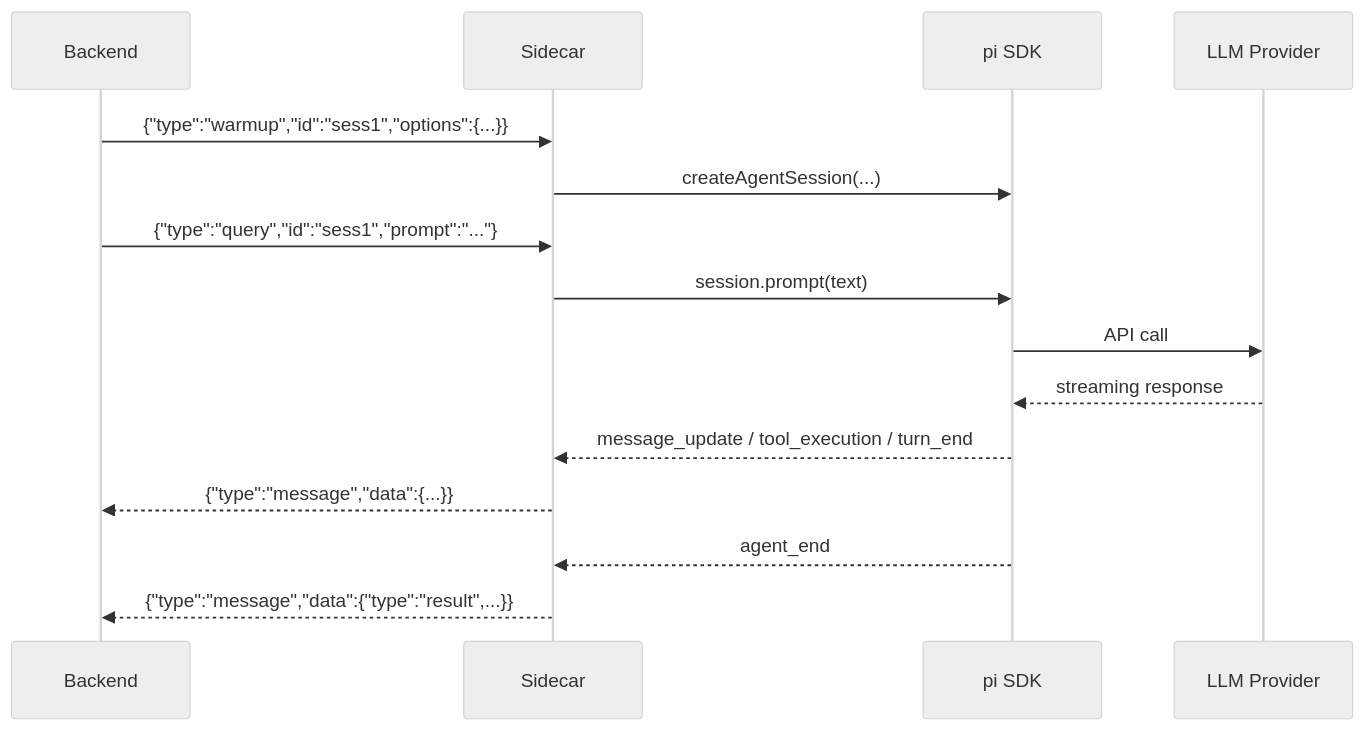
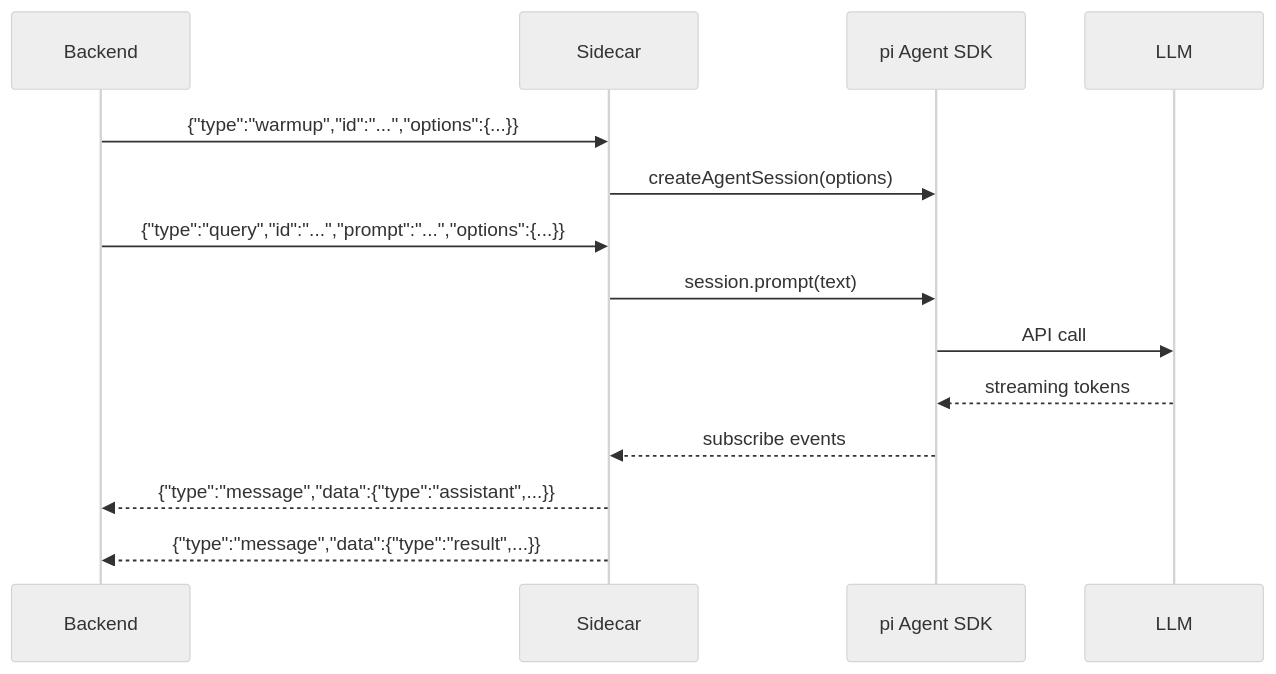
The sixth of 6 diagrams in lit/yinshi.lit.md (codyborders/yinshi), drawn with Mermaid (neutral theme) before and after one commit. The commit also changed other lines of this file and 3 other files, not shown here.

````diff
--- a/lit/yinshi.lit.md
+++ b/lit/yinshi.lit.md
@@ -2961,18 +11586,17 @@
 ```mermaid
 sequenceDiagram
-  participant B as Backend
-  participant S as Sidecar
-  participant PI as pi SDK
-  participant LLM as LLM Provider
+    participant B as Backend
+    participant S as Sidecar
+    participant A as pi Agent SDK
+    participant L as LLM
 
-  B->>S: {"type":"warmup","id":"sess1","options":{...}}
-  S->>PI: createAgentSession(...)
-  B->>S: {"type":"query","id":"sess1","prompt":"..."}
-  S->>PI: session.prompt(text)
-  PI->>LLM: API call
-  LLM-->>PI: streaming response
-  PI-->>S: message_update / tool_execution / turn_end
-  S-->>B: {"type":"message","data":{...}}
-  PI-->>S: agent_end
-  S-->>B: {"type":"message","data":{"type":"result",...}}
+    B->>S: {"type":"warmup","id":"...","options":{...}}
+    S->>A: createAgentSession(options)
+    B->>S: {"type":"query","id":"...","prompt":"...","options":{...}}
+    S->>A: session.prompt(text)
+    A->>L: API call
+    L-->>A: streaming tokens
+    A-->>S: subscribe events
+    S-->>B: {"type":"message","data":{"type":"assistant",...}}
+    S-->>B: {"type":"message","data":{"type":"result",...}}
 ```
````
